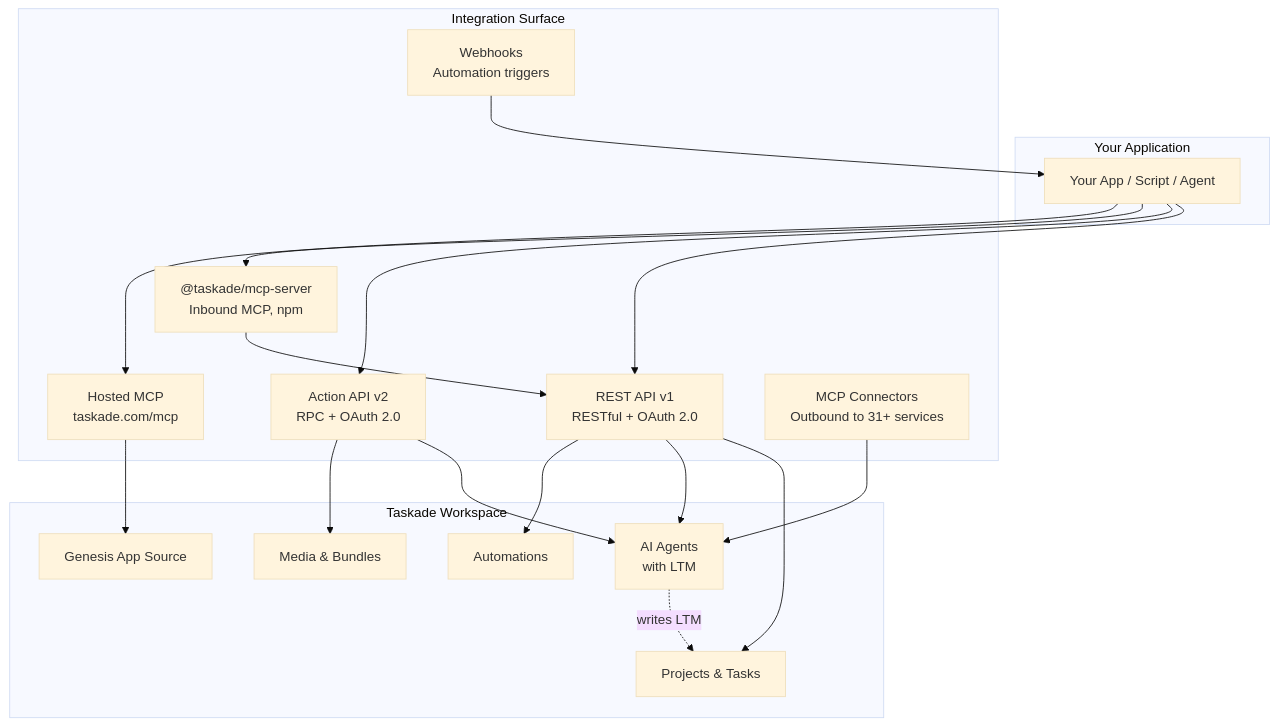
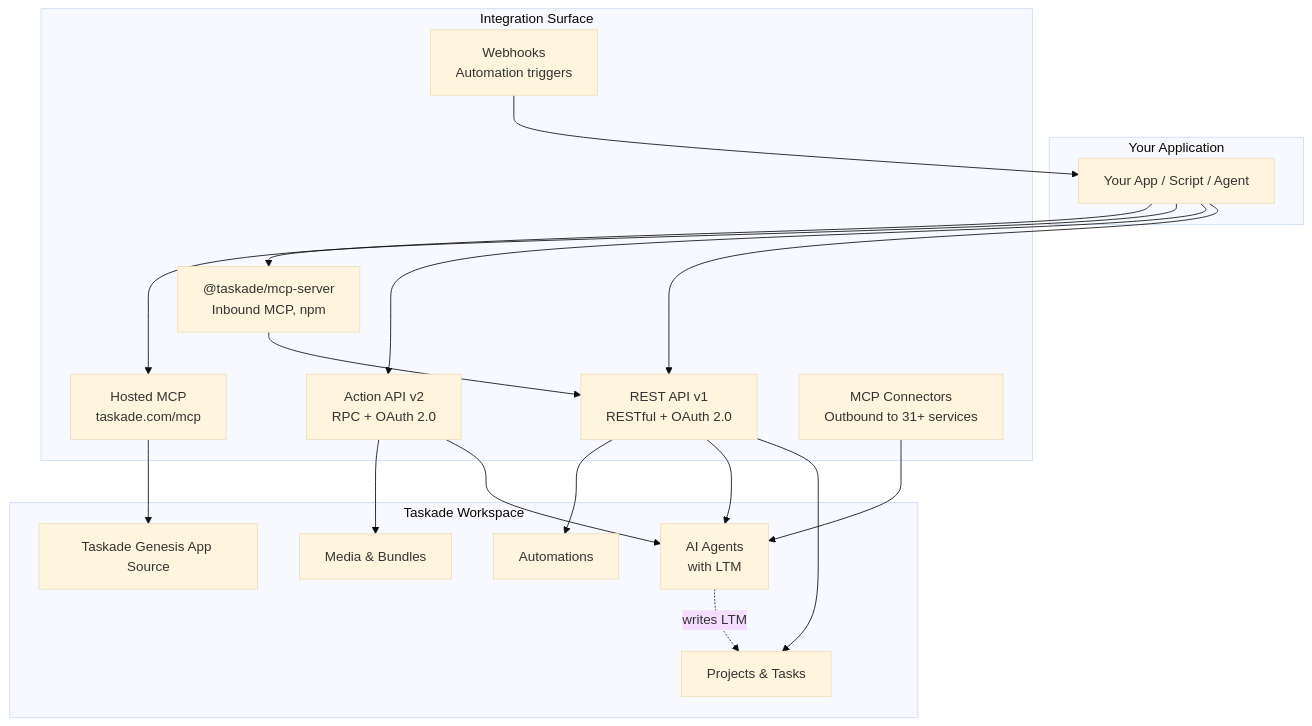
One commit to taskade/docs changed the diagram in apis-living-system-development/developer-home.md. Above: the diagram before and after it, drawn with Mermaid (base theme). The commit also changed 47 other files, not shown here.

Commit message:
docs: full-site visual QA polish — fix broken diagram, emoji-free headings, trust sweep (#87)

````diff
--- a/apis-living-system-development/developer-home.md
+++ b/apis-living-system-development/developer-home.md
@@ -11,41 +11,41 @@
 ```mermaid
 graph TB
     subgraph "Your Application"
-        APP[Your App / Script / Agent]
+        APP["Your App / Script / Agent"]
     end
 
     subgraph "Integration Surface"
         API1[REST API v1<br/>RESTful + OAuth 2.0]
         API2[Action API v2<br/>RPC + OAuth 2.0]
         MCP_IN["@taskade/mcp-server<br/>Inbound MCP, npm"]
         MCP_HOST[Hosted MCP<br/>taskade.com/mcp]
         MCP_OUT[MCP Connectors<br/>Outbound to 31+ services]
         WEBHOOK[Webhooks<br/>Automation triggers]
     end
 
     subgraph "Taskade Workspace"
-        PROJECTS[Projects & Tasks]
-        AGENTS[AI Agents<br/>with LTM]
+        PROJECTS["Projects & Tasks"]
+        AGENTS["AI Agents<br/>with LTM"]
         AUTOMATIONS[Automations]
-        MEDIA[Media & Bundles]
-        APP_SRC[Genesis App Source]
+        MEDIA["Media & Bundles"]
+        APP_SRC["Taskade Genesis App Source"]
     end
 
     APP --> API1
     APP --> API2
     APP --> MCP_IN
     APP --> MCP_HOST
     WEBHOOK --> APP
 
     MCP_IN --> API1
     MCP_HOST --> APP_SRC
     MCP_OUT --> AGENTS
 
     API1 --> PROJECTS
     API1 --> AGENTS
     API2 --> AGENTS
     API2 --> MEDIA
     API1 --> AUTOMATIONS
 
     AGENTS -.writes LTM.-> PROJECTS
 ```
````
